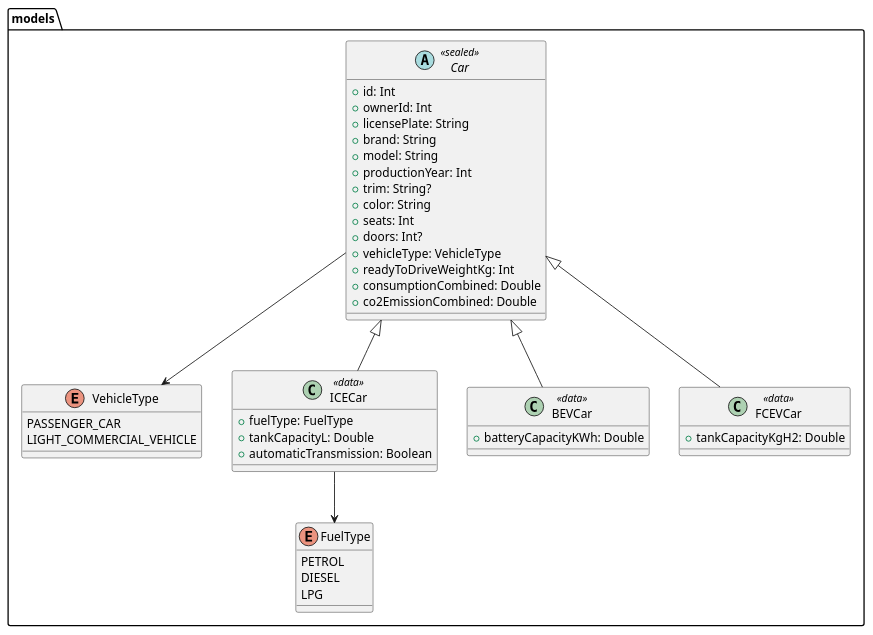
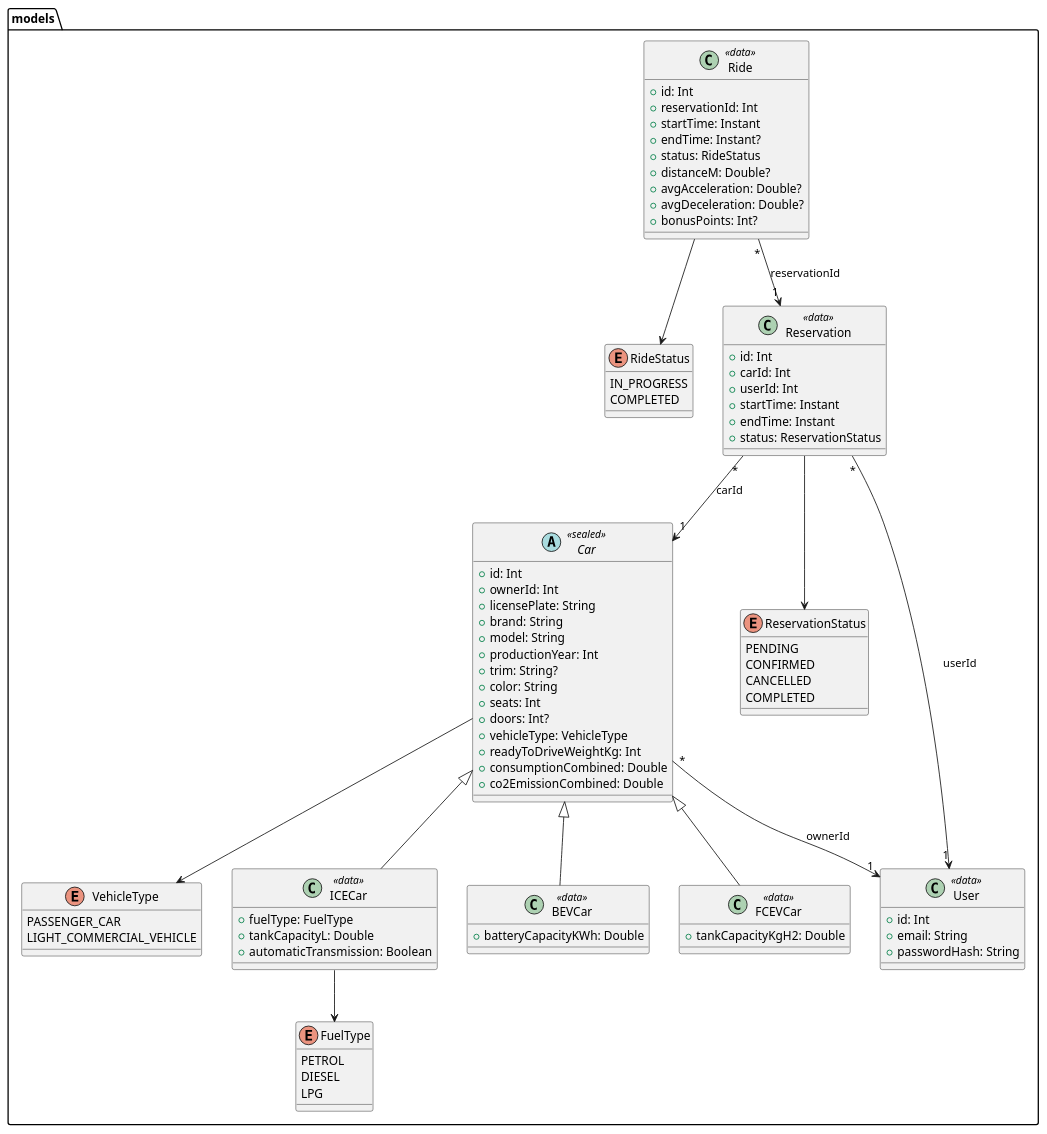
Before and after one commit to MarkPrins18/hbo-leerjaar2: the diagram in diagrams/models/CarDataModel.puml, drawn with PlantUML.

Commit message:
CarDataModel bijgewerkt

```diff
--- a/diagrams/models/CarDataModel.puml
+++ b/diagrams/models/CarDataModel.puml
@@ -1,55 +1,101 @@
 @startuml CarDataModel
 
 package models {
 
     enum FuelType {
         PETROL
         DIESEL
         LPG
     }
 
     enum VehicleType {
         PASSENGER_CAR
         LIGHT_COMMERCIAL_VEHICLE
     }
 
     abstract class Car <<sealed>> {
         +id: Int
         +ownerId: Int
         +licensePlate: String
         +brand: String
         +model: String
         +productionYear: Int
         +trim: String?
         +color: String
         +seats: Int
         +doors: Int?
         +vehicleType: VehicleType
         +readyToDriveWeightKg: Int
         +consumptionCombined: Double
         +co2EmissionCombined: Double
     }
 
     class ICECar <<data>> {
         +fuelType: FuelType
         +tankCapacityL: Double
         +automaticTransmission: Boolean
     }
 
     class BEVCar <<data>> {
         +batteryCapacityKWh: Double
     }
 
     class FCEVCar <<data>> {
         +tankCapacityKgH2: Double
     }
 
     Car <|-- ICECar
     Car <|-- BEVCar
     Car <|-- FCEVCar
 
+    enum ReservationStatus {
+        PENDING
+        CONFIRMED
+        CANCELLED
+        COMPLETED
+    }
+
+    enum RideStatus {
+        IN_PROGRESS
+        COMPLETED
+    }
+
+    class User <<data>> {
+        +id: Int
+        +email: String
+        +passwordHash: String
+    }
+
+    class Reservation <<data>> {
+        +id: Int
+        +carId: Int
+        +userId: Int
+        +startTime: Instant
+        +endTime: Instant
+        +status: ReservationStatus
+    }
+
+    class Ride <<data>> {
+        +id: Int
+        +reservationId: Int
+        +startTime: Instant
+        +endTime: Instant?
+        +status: RideStatus
+        +distanceM: Double?
+        +avgAcceleration: Double?
+        +avgDeceleration: Double?
+        +bonusPoints: Int?
+    }
+
     Car --> VehicleType
     ICECar --> FuelType
+
+    Reservation --> ReservationStatus
+    Ride --> RideStatus
+    Car "*" --> "1" User : ownerId
+    Reservation "*" --> "1" User : userId
+    Reservation "*" --> "1" Car : carId
+    Ride "*" --> "1" Reservation : reservationId
 }
 
 @enduml
```
